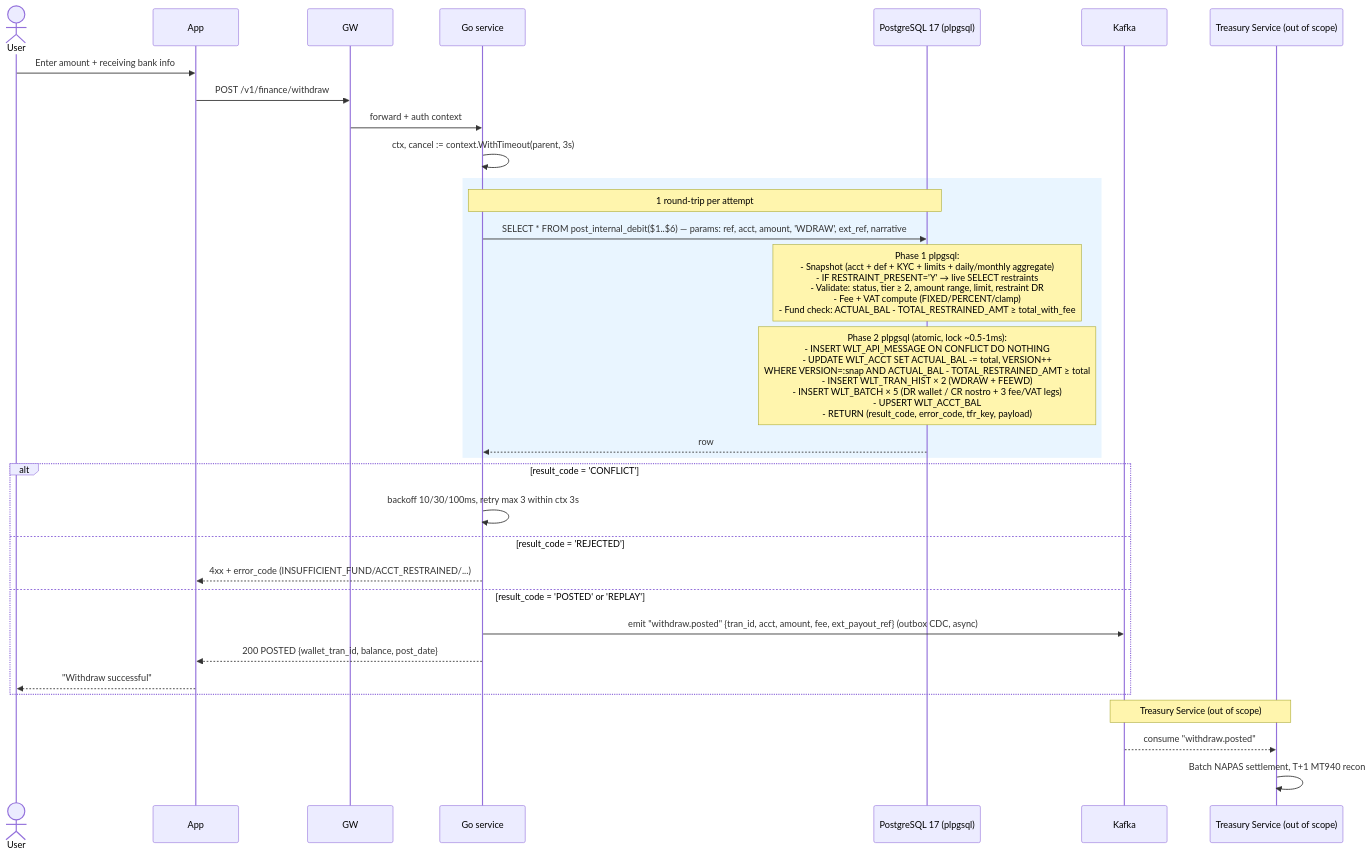
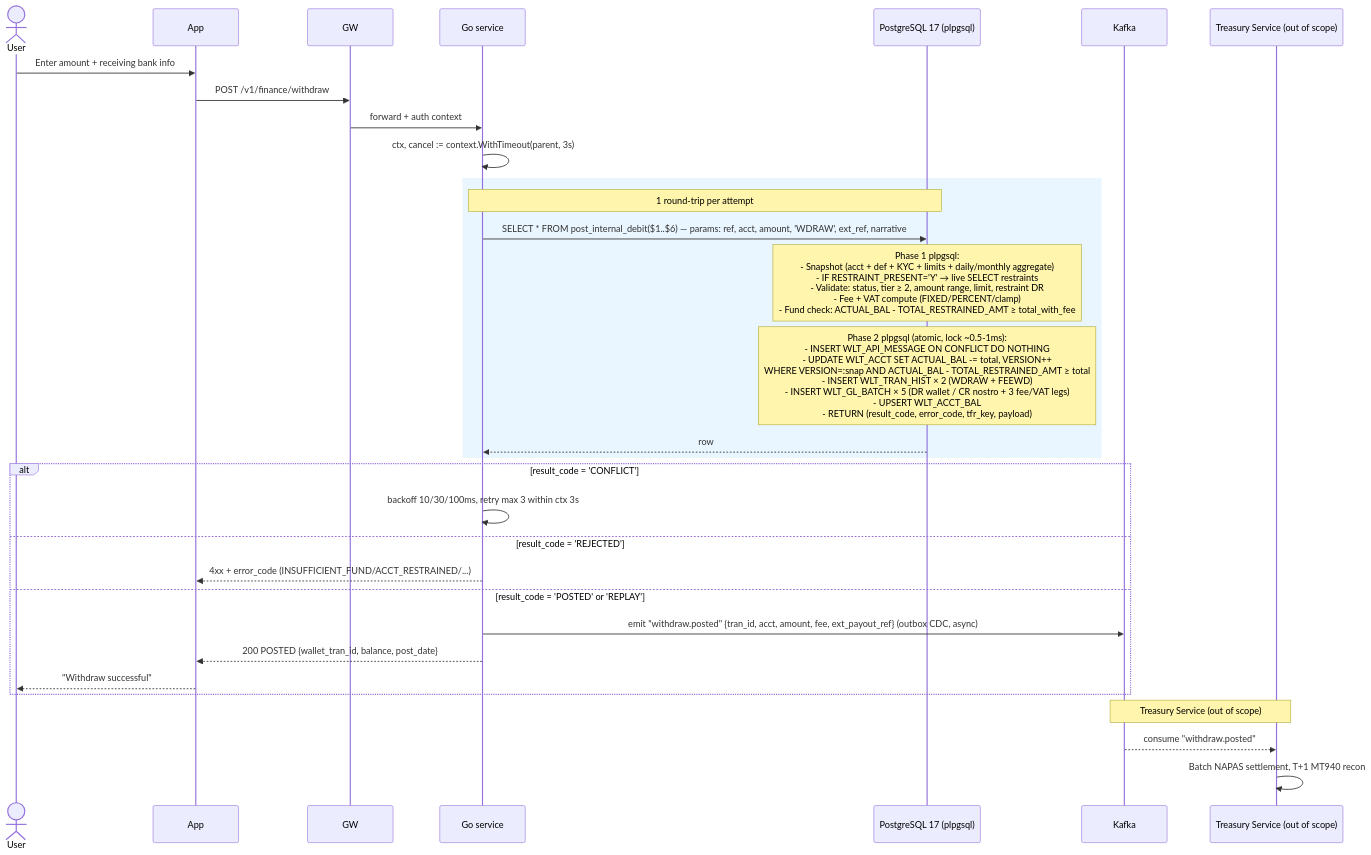
One commit to huuhoait/core-wallet changed the third of 6 diagrams in docs/specs/finance_transaction.md. Above: the diagram before and after it, drawn with Mermaid. The commit also changed other lines of this file and 26 other files, not shown here.

````diff
--- a/docs/specs/finance_transaction.md
+++ b/docs/specs/finance_transaction.md
@@ -270,38 +270,38 @@
 ```mermaid
 sequenceDiagram
   actor User
   participant App
   participant GW
   participant GO as Go service
   participant DB as PostgreSQL 17 (plpgsql)
   participant K as Kafka
   participant TRS as Treasury Service (out of scope)
 
   User->>App: Enter amount + receiving bank info
   App->>GW: POST /v1/finance/withdraw
   GW->>GO: forward + auth context
   
   GO->>GO: ctx, cancel := context.WithTimeout(parent, 3s)
   
   rect rgba(200,230,255,0.4)
     Note over GO,DB: 1 round-trip per attempt
     GO->>DB: SELECT * FROM post_internal_debit($1..$6) — params: ref, acct, amount, 'WDRAW', ext_ref, narrative
     Note over DB: Phase 1 plpgsql:<br/>- Snapshot (acct + def + KYC + limits + daily/monthly aggregate)<br/>- IF RESTRAINT_PRESENT='Y' → live SELECT restraints<br/>- Validate: status, tier ≥ 2, amount range, limit, restraint DR<br/>- Fee + VAT compute (FIXED/PERCENT/clamp)<br/>- Fund check: ACTUAL_BAL - TOTAL_RESTRAINED_AMT ≥ total_with_fee
-    Note over DB: Phase 2 plpgsql (atomic, lock ~0.5-1ms):<br/>- INSERT WLT_API_MESSAGE ON CONFLICT DO NOTHING<br/>- UPDATE WLT_ACCT SET ACTUAL_BAL -= total, VERSION++<br/>  WHERE VERSION=:snap AND ACTUAL_BAL - TOTAL_RESTRAINED_AMT ≥ total<br/>- INSERT WLT_TRAN_HIST × 2 (WDRAW + FEEWD)<br/>- INSERT WLT_BATCH × 5 (DR wallet / CR nostro + 3 fee/VAT legs)<br/>- UPSERT WLT_ACCT_BAL<br/>- RETURN (result_code, error_code, tfr_key, payload)
+    Note over DB: Phase 2 plpgsql (atomic, lock ~0.5-1ms):<br/>- INSERT WLT_API_MESSAGE ON CONFLICT DO NOTHING<br/>- UPDATE WLT_ACCT SET ACTUAL_BAL -= total, VERSION++<br/>  WHERE VERSION=:snap AND ACTUAL_BAL - TOTAL_RESTRAINED_AMT ≥ total<br/>- INSERT WLT_TRAN_HIST × 2 (WDRAW + FEEWD)<br/>- INSERT WLT_GL_BATCH × 5 (DR wallet / CR nostro + 3 fee/VAT legs)<br/>- UPSERT WLT_ACCT_BAL<br/>- RETURN (result_code, error_code, tfr_key, payload)
     DB-->>GO: row
   end
   
   alt result_code = 'CONFLICT'
     GO->>GO: backoff 10/30/100ms, retry max 3 within ctx 3s
   else result_code = 'REJECTED'
     GO-->>App: 4xx + error_code (INSUFFICIENT_FUND/ACCT_RESTRAINED/...)
   else result_code = 'POSTED' or 'REPLAY'
     GO->>K: emit "withdraw.posted" {tran_id, acct, amount, fee, ext_payout_ref} (outbox CDC, async)
     GO-->>App: 200 POSTED {wallet_tran_id, balance, post_date}
     App-->>User: "Withdraw successful"
   end
   
   Note over TRS,K: Treasury Service (out of scope)
   K-->>TRS: consume "withdraw.posted"
   TRS->>TRS: Batch NAPAS settlement, T+1 MT940 recon
 ```
````
